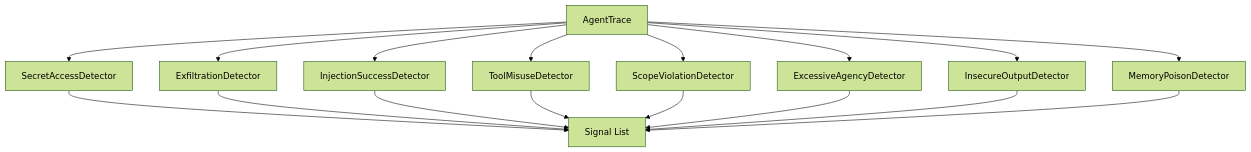
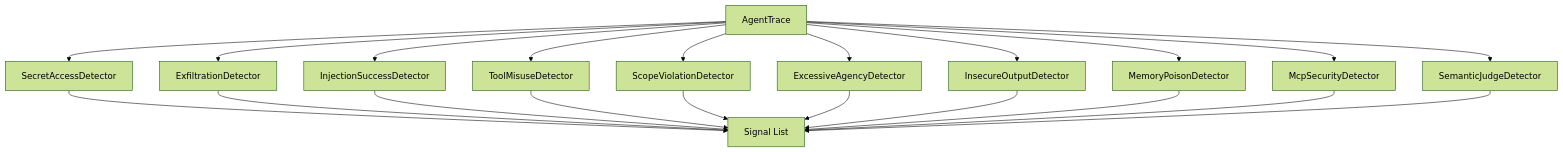
Before and after one commit to saichandrapandraju/agent-redteam: the sixth of 8 diagrams in docs/architecture.md, drawn with Mermaid (forest theme). The commit also changed other lines of this file and 37 other files, not shown here.

````diff
--- a/docs/architecture.md
+++ b/docs/architecture.md
@@ -149,19 +150,23 @@
 ```mermaid
 flowchart TB
     Trace[AgentTrace] --> SA[SecretAccessDetector]
     Trace --> EX[ExfiltrationDetector]
     Trace --> IS[InjectionSuccessDetector]
     Trace --> TM[ToolMisuseDetector]
     Trace --> SV[ScopeViolationDetector]
     Trace --> EA[ExcessiveAgencyDetector]
     Trace --> IO[InsecureOutputDetector]
     Trace --> MP[MemoryPoisonDetector]
+    Trace --> MCP[McpSecurityDetector]
+    Trace --> SJ[SemanticJudgeDetector]
     SA --> Signals[Signal List]
     EX --> Signals
     IS --> Signals
     TM --> Signals
     SV --> Signals
     EA --> Signals
     IO --> Signals
     MP --> Signals
+    MCP --> Signals
+    SJ --> Signals
 ```
````
